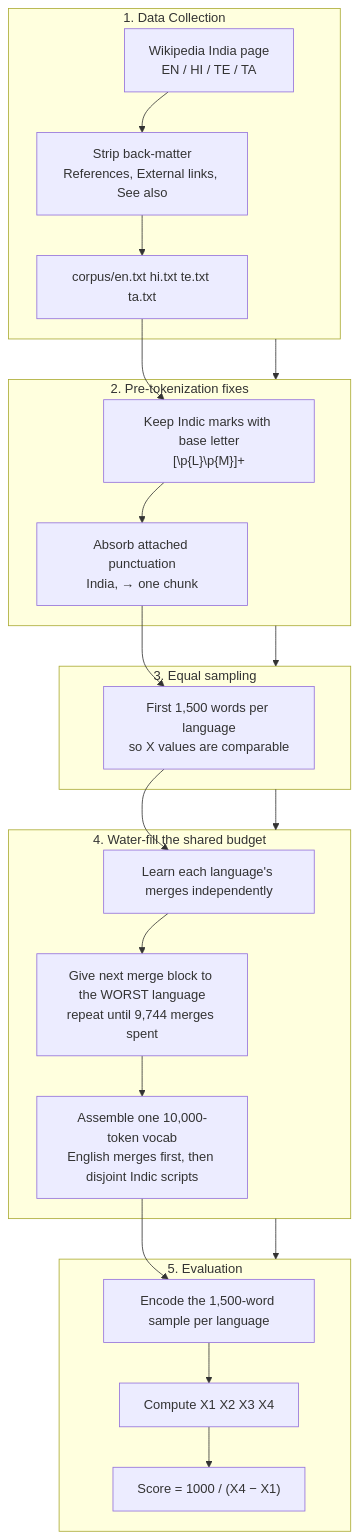
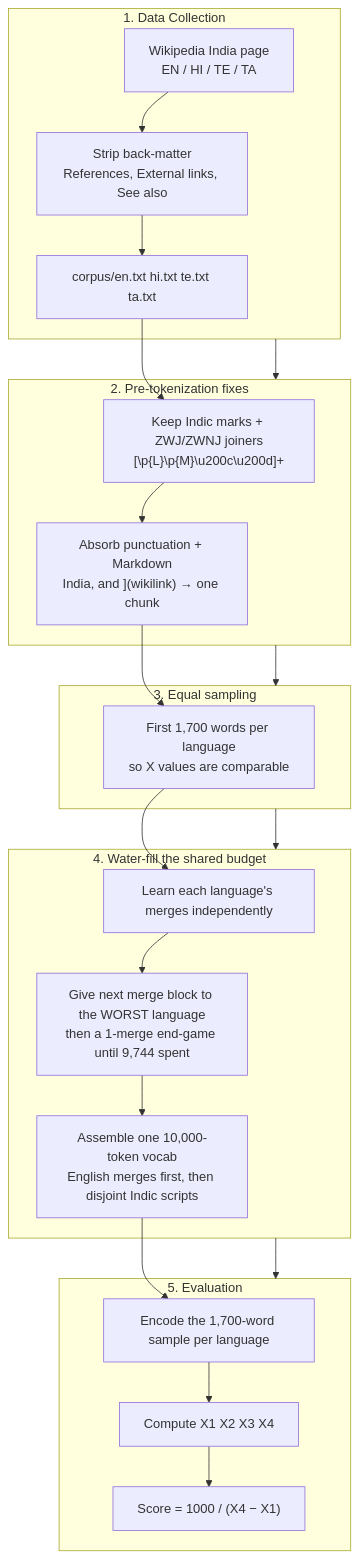
One commit to saitej123/ERA-V5-Week-2 changed the first of 3 diagrams in README.md. Above: the diagram before and after it, drawn with Mermaid. The commit also changed other lines of this file and 14 other files, not shown here.

````diff
--- a/README.md
+++ b/README.md
@@ -74,30 +92,30 @@
 ```mermaid
 flowchart TB
     subgraph fetch [1. Data Collection]
         A[Wikipedia India page<br/>EN / HI / TE / TA] --> B[Strip back-matter<br/>References, External links, See also]
         B --> C["corpus/en.txt hi.txt te.txt ta.txt"]
     end
 
     subgraph prep [2. Pre-tokenization fixes]
-        C --> D["Keep Indic marks with base letter<br/>[\p{L}\p{M}]+"]
-        D --> E["Absorb attached punctuation<br/>India, → one chunk"]
+        C --> D["Keep Indic marks + ZWJ/ZWNJ joiners<br/>[\p{L}\p{M}\u200c\u200d]+"]
+        D --> E["Absorb punctuation + Markdown<br/>India, and ](wikilink) → one chunk"]
     end
 
     subgraph sample [3. Equal sampling]
-        E --> F["First 1,500 words per language<br/>so X values are comparable"]
+        E --> F["First 1,700 words per language<br/>so X values are comparable"]
     end
 
     subgraph train [4. Water-fill the shared budget]
         F --> G["Learn each language's merges independently"]
-        G --> H["Give next merge block to the WORST language<br/>repeat until 9,744 merges spent"]
+        G --> H["Give next merge block to the WORST language<br/>then a 1-merge end-game until 9,744 spent"]
         H --> I["Assemble one 10,000-token vocab<br/>English merges first, then disjoint Indic scripts"]
     end
 
     subgraph eval [5. Evaluation]
-        I --> J["Encode the 1,500-word sample per language"]
+        I --> J["Encode the 1,700-word sample per language"]
         J --> K["Compute X1 X2 X3 X4"]
         K --> L["Score = 1000 / (X4 − X1)"]
     end
 
     fetch --> prep --> sample --> train --> eval
 ```
````
